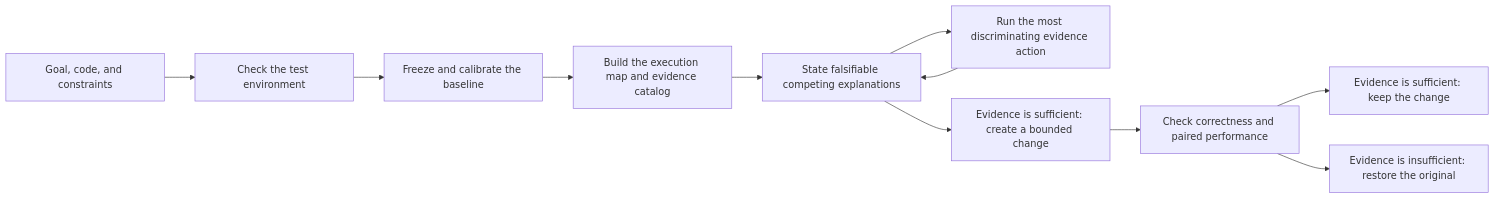
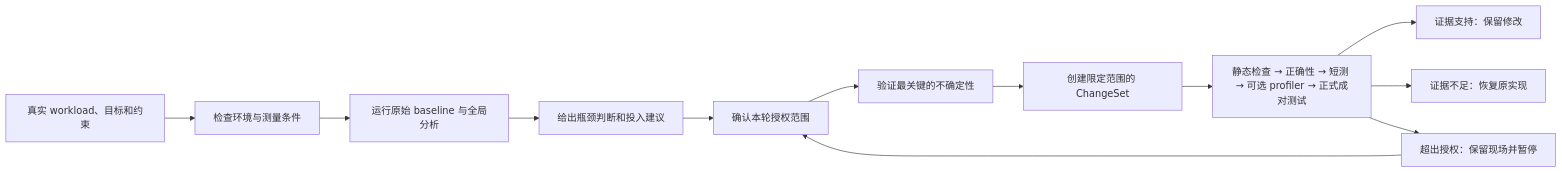
Before and after one commit to troycheng/cuda-kernel-optimizer: the diagram in README.md, drawn with Mermaid. The commit also changed other lines of this file and 6 other files, not shown here.

````diff
--- a/README.md
+++ b/README.md
@@ -98,13 +62,14 @@
 ```mermaid
 flowchart LR
-    goal["Goal, code, and constraints"] --> environment["Check the test environment"]
-    environment --> baseline["Freeze and calibrate the baseline"]
-    baseline --> context["Build the execution map and evidence catalog"]
-    context --> hypothesis["State falsifiable competing explanations"]
-    hypothesis --> evidence["Run the most discriminating evidence action"]
-    evidence --> hypothesis
-    hypothesis --> change["Evidence is sufficient: create a bounded change"]
-    change --> evaluation["Check correctness and paired performance"]
-    evaluation --> keep["Evidence is sufficient: keep the change"]
-    evaluation --> restore["Evidence is insufficient: restore the original"]
+    input["真实 workload、目标和约束"] --> ready["检查环境与测量条件"]
+    ready --> baseline["运行原始 baseline 与全局分析"]
+    baseline --> brief["给出瓶颈判断和投入建议"]
+    brief --> grant["确认本轮授权范围"]
+    grant --> evidence["验证最关键的不确定性"]
+    evidence --> change["创建限定范围的 ChangeSet"]
+    change --> stages["静态检查 → 正确性 → 短测 → 可选 profiler → 正式成对测试"]
+    stages --> keep["证据支持：保留修改"]
+    stages --> restore["证据不足：恢复原实现"]
+    stages --> pause["超出授权：保留现场并暂停"]
+    pause --> grant
 ```
````
